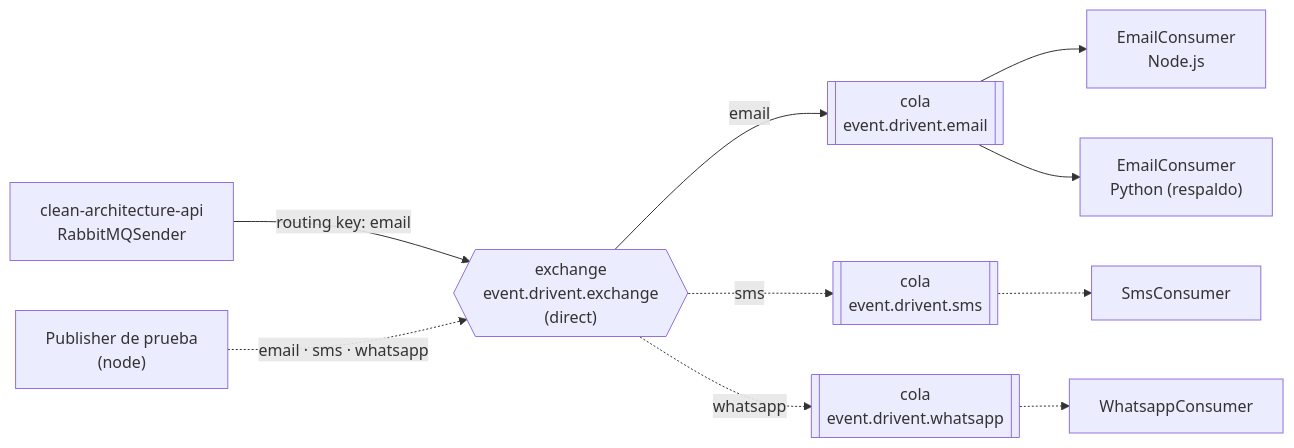
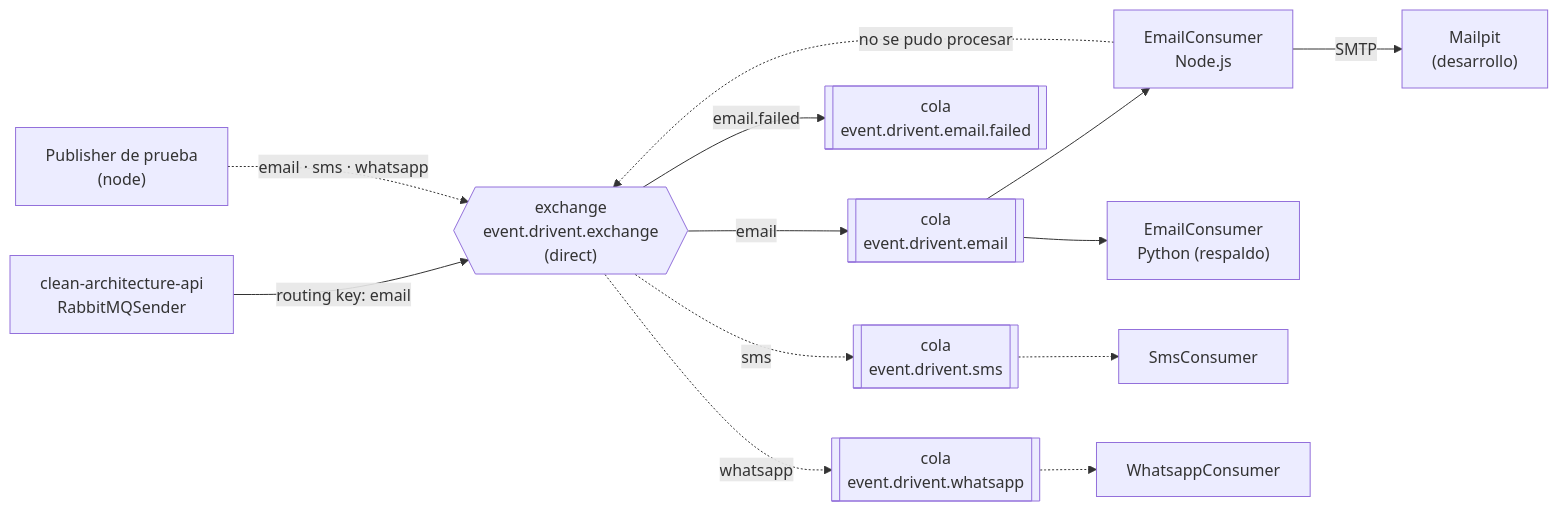
One commit to SemilleroSOLID/clean-architecture-notification changed the first of 4 diagrams in README.md. Above: the diagram before and after it, drawn with Mermaid. The commit also changed other lines of this file and 19 other files, not shown here.

Commit message:
feat: send the student a real email for each request state change (closes SemilleroSOLID/clean-architecture-api#21)

````diff
--- a/README.md
+++ b/README.md
@@ -50,12 +51,15 @@
 ```mermaid
 flowchart LR
     API["clean-architecture-api<br/>RabbitMQSender"] -- "routing key: email" --> EX{{"exchange<br/>event.drivent.exchange<br/>(direct)"}}
     PUB["Publisher de prueba<br/>(node)"] -. "email · sms · whatsapp" .-> EX
     EX -- email --> QE[["cola<br/>event.drivent.email"]]
+    EX -- email.failed --> QF[["cola<br/>event.drivent.email.failed"]]
     EX -. sms .-> QS[["cola<br/>event.drivent.sms"]]
     EX -. whatsapp .-> QW[["cola<br/>event.drivent.whatsapp"]]
     QE --> CN["EmailConsumer<br/>Node.js"]
     QE --> CP["EmailConsumer<br/>Python (respaldo)"]
+    CN -- SMTP --> MP["Mailpit<br/>(desarrollo)"]
+    CN -. "no se pudo procesar" .-> EX
     QS -.-> SC[SmsConsumer]
     QW -.-> WC[WhatsappConsumer]
 ```
````
